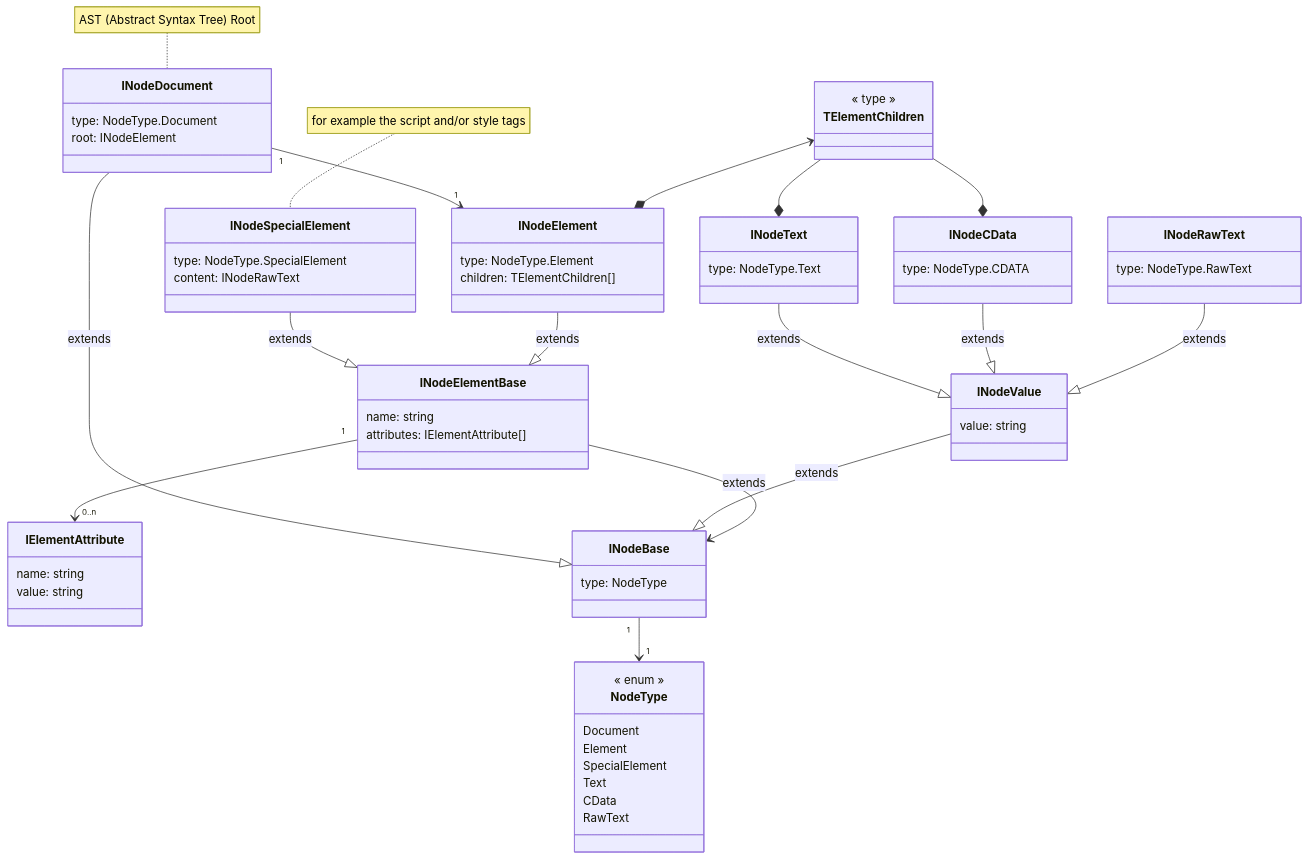
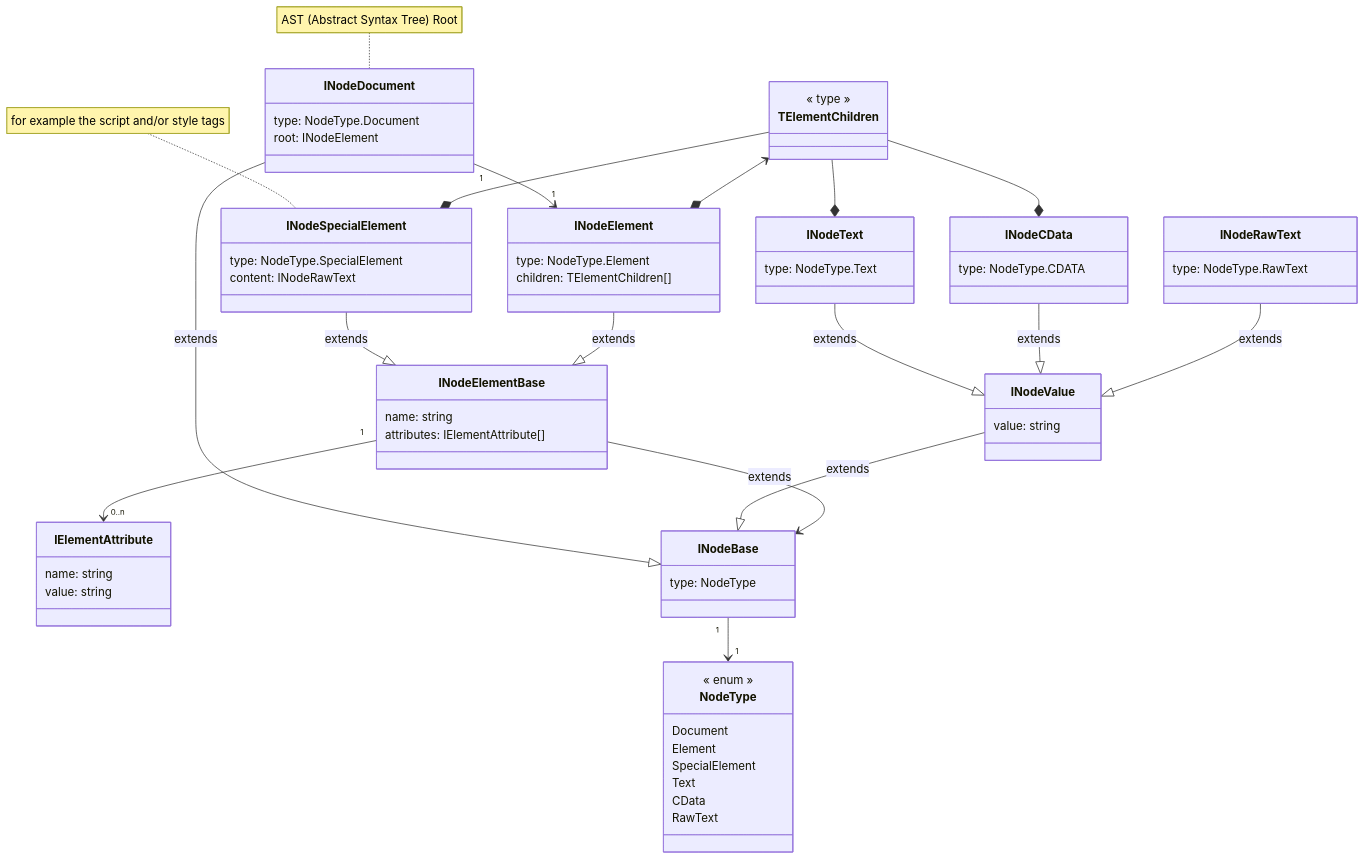
The diagram in implementations/ts-parser-xml/README.md (erkobridee/ds-ast), drawn with Mermaid before and after one commit. The commit also changed 1 other file, not shown here.

Commit message:
update(ts-parser-xml): AST.ts

```diff
--- a/implementations/ts-parser-xml/README.md
+++ b/implementations/ts-parser-xml/README.md
@@ -105,6 +105,7 @@
 
 TElementChildren --* INodeText
 TElementChildren --* INodeCData
+TElementChildren --* INodeSpecialElement
 TElementChildren <--* INodeElement
 
 class NodeType {
```
